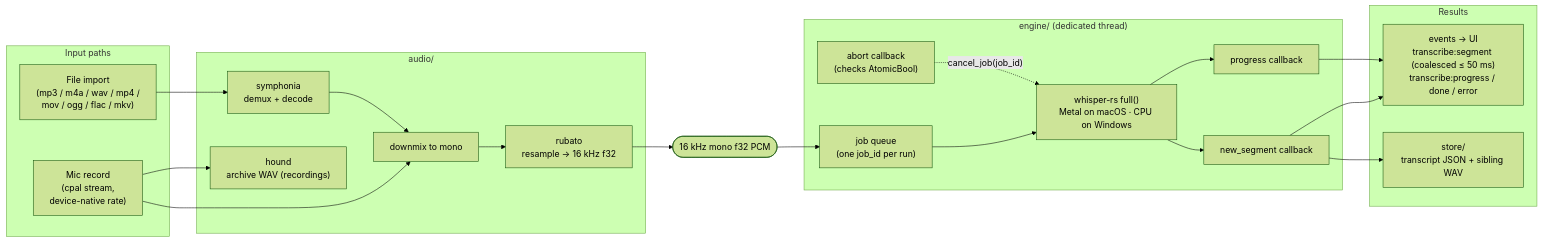
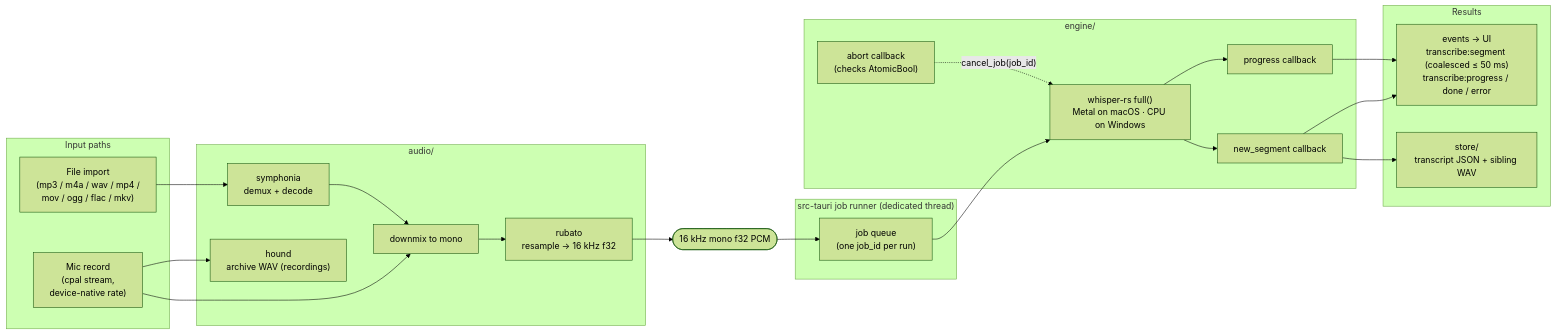
One commit to Attestrum/transcription changed the diagram in docs/diagrams/pipeline/transcription-flow.md. Above: the diagram before and after it, drawn with Mermaid (forest theme). The commit also changed other lines of this file and 8 other files, not shown here.

````diff
--- a/docs/diagrams/pipeline/transcription-flow.md
+++ b/docs/diagrams/pipeline/transcription-flow.md
@@ -16,38 +22,41 @@
 ```mermaid
 flowchart LR
     subgraph inputs["Input paths"]
         MIC["Mic record<br/>(cpal stream,<br/>device-native rate)"]
         FILE["File import<br/>(mp3 / m4a / wav / mp4 /<br/>mov / ogg / flac / mkv)"]
     end
 
     subgraph audio["audio/"]
         DECODE["symphonia<br/>demux + decode"]
         DOWNMIX["downmix to mono"]
         RESAMPLE["rubato<br/>resample → 16 kHz f32"]
         WAVOUT["hound<br/>archive WAV (recordings)"]
     end
 
     PCM(["16 kHz mono f32 PCM"])
 
-    subgraph engine["engine/ (dedicated thread)"]
+    subgraph shell["src-tauri job runner (dedicated thread)"]
         JOB["job queue<br/>(one job_id per run)"]
+    end
+
+    subgraph engine["engine/"]
         WHISPER["whisper-rs full()<br/>Metal on macOS · CPU on Windows"]
         CB_SEG["new_segment callback"]
         CB_PROG["progress callback"]
         CB_ABORT["abort callback<br/>(checks AtomicBool)"]
     end
 
     subgraph out["Results"]
         EVENTS["events → UI<br/>transcribe:segment (coalesced ≤ 50 ms)<br/>transcribe:progress / done / error"]
         STORE["store/<br/>transcript JSON + sibling WAV"]
     end
 
     MIC --> DOWNMIX
     MIC --> WAVOUT
     FILE --> DECODE --> DOWNMIX --> RESAMPLE --> PCM
     PCM --> JOB --> WHISPER
     WHISPER --> CB_SEG --> EVENTS
     WHISPER --> CB_PROG --> EVENTS
     CB_ABORT -.->|"cancel_job(job_id)"| WHISPER
     CB_SEG --> STORE
 ```
````
